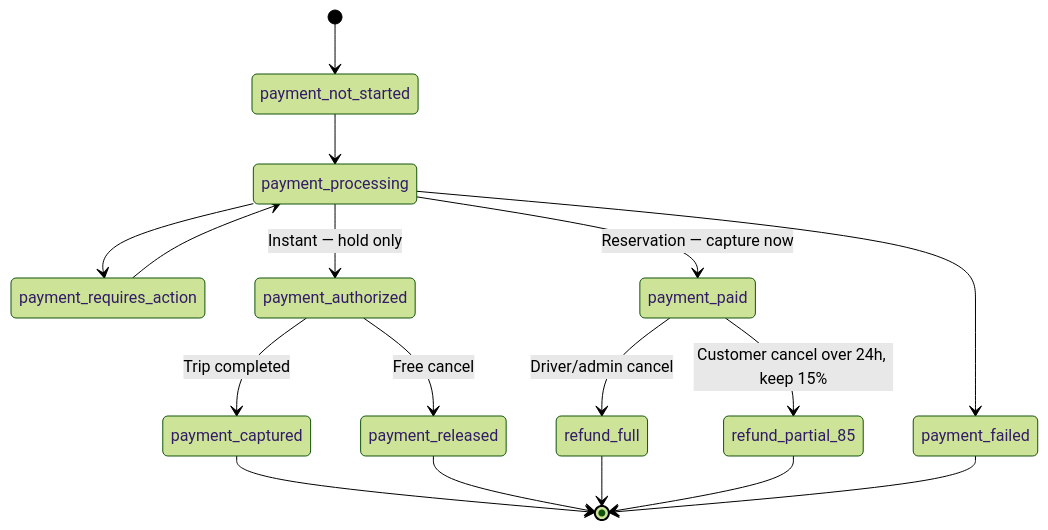
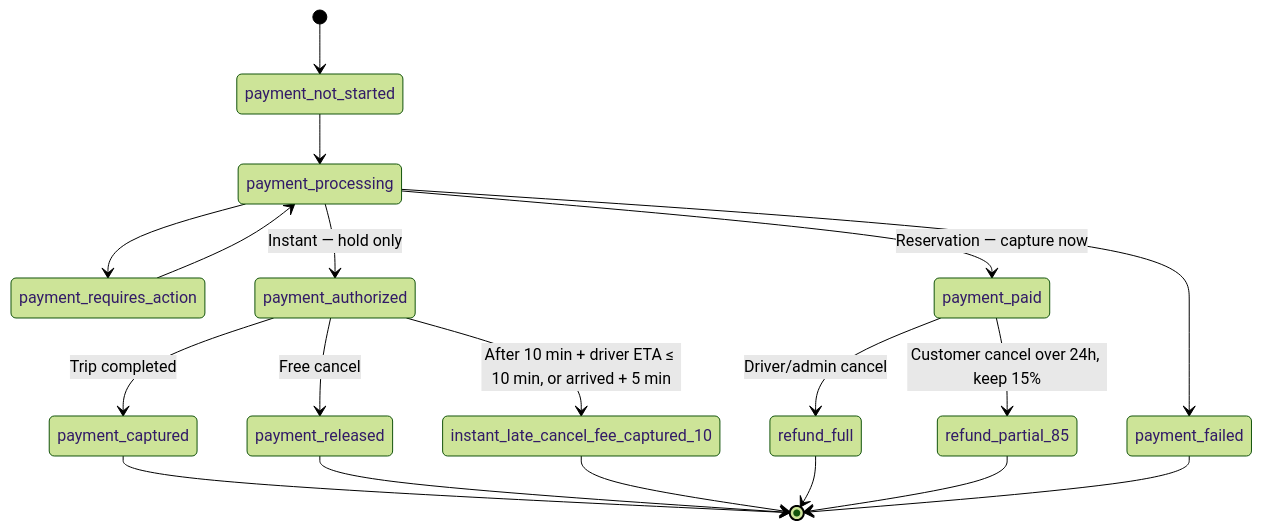
Before and after one commit to pddhkt/obsidian-sync: the seventh of 8 diagrams in Personal/App Ideas/Cross Border Car Hailing/teammate-overview.md, drawn with Mermaid (forest theme). The commit also changed other lines of this file and 14 other files, not shown here.

````diff
--- a/Personal/App Ideas/Cross Border Car Hailing/teammate-overview.md
+++ b/Personal/App Ideas/Cross Border Car Hailing/teammate-overview.md
@@ -252,19 +252,21 @@
 ```mermaid
 stateDiagram-v2
     [*] --> payment_not_started
     payment_not_started --> payment_processing
     payment_processing --> payment_requires_action
     payment_requires_action --> payment_processing
     payment_processing --> payment_paid: Reservation — capture now
     payment_processing --> payment_authorized: Instant — hold only
     payment_processing --> payment_failed
     payment_authorized --> payment_captured: Trip completed
     payment_authorized --> payment_released: Free cancel
+    payment_authorized --> instant_late_cancel_fee_captured_10: After 10 min + driver ETA ≤ 10 min, or arrived + 5 min
     payment_paid --> refund_full: Driver/admin cancel
     payment_paid --> refund_partial_85: Customer cancel over 24h, keep 15%
     payment_captured --> [*]
     payment_released --> [*]
+    instant_late_cancel_fee_captured_10 --> [*]
     refund_full --> [*]
     refund_partial_85 --> [*]
     payment_failed --> [*]
 ```
````
